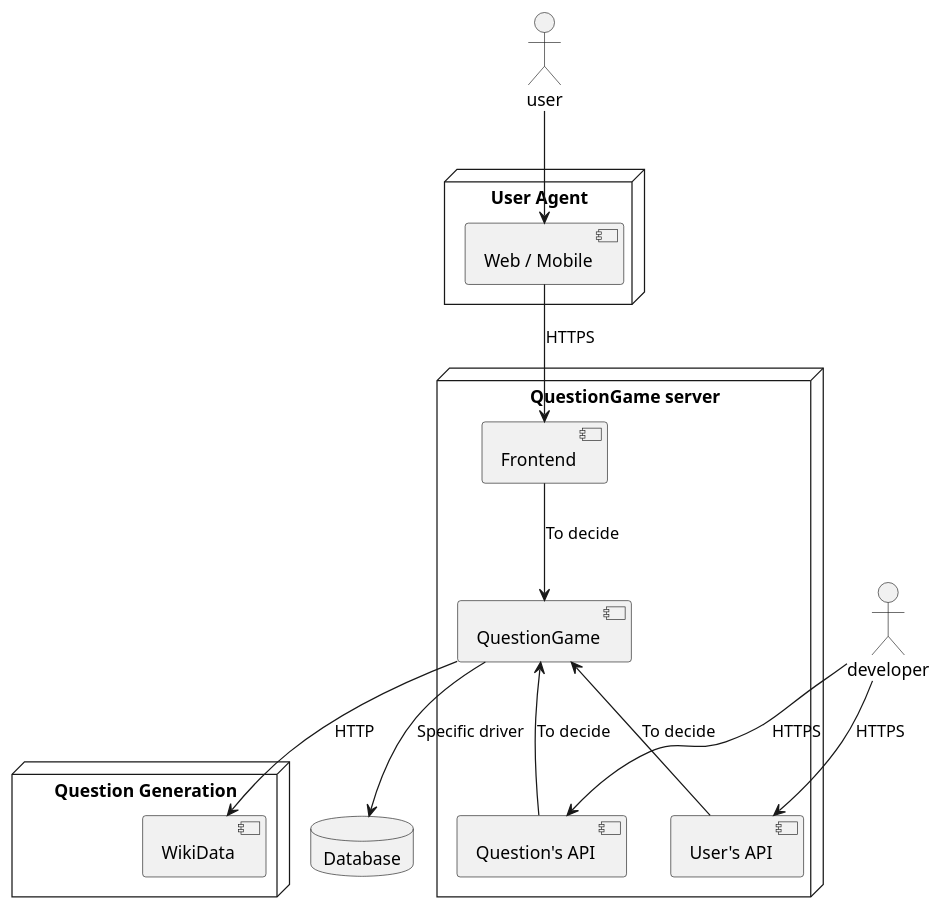
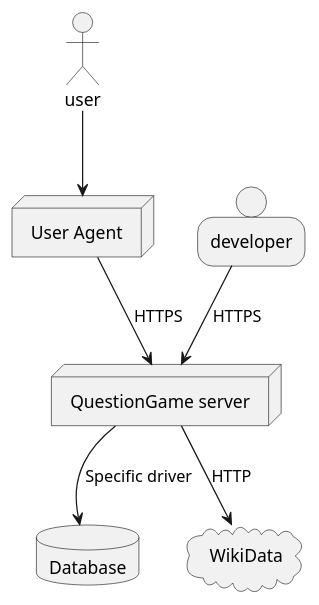
The second of 2 diagrams in docs/src/03_system_scope_and_context.adoc (Arquisoft/wiq_es04b), drawn with PlantUML before and after one commit.

Commit message:
Reduced context diagram

```diff
--- a/docs/src/03_system_scope_and_context.adoc
+++ b/docs/src/03_system_scope_and_context.adoc
@@ -88,32 +88,20 @@
 [plantuml,"Technical Context Diagram",png]
 ----
 
   actor user
-  actor developer
+  person developer
   database Database
+  cloud WikiData
 
-  node "Question Generation"{
-    [WikiData]
-  }
 
-  node "User Agent" {
-    [Web / Mobile]
-  }
+  node "User Agent"
   
-  node "QuestionGame server" {
-    [Frontend]
-    [QuestionGame]
-    [User's API]
-    [Question's API]
-  }
+  node "QuestionGame server"
   
-  user --> [Web / Mobile]
-  [Web / Mobile] --> (Frontend): HTTPS
-  [Frontend] --> (QuestionGame): To decide
-  [QuestionGame] --> Database: Specific driver
-  [QuestionGame] --> WikiData: HTTP
-  [QuestionGame] <-- (User's API): To decide
-  [QuestionGame] <-- (Question's API): To decide
-  developer --> (User's API) : HTTPS
-  developer --> (Question's API) : HTTPS
+  user --> [User Agent]
+  [User Agent] --> [QuestionGame server]: HTTPS
+
+  [QuestionGame server] --> Database: Specific driver
+  [QuestionGame server] --> WikiData: HTTP
+  developer --> [QuestionGame server] : HTTPS
 ----
```
